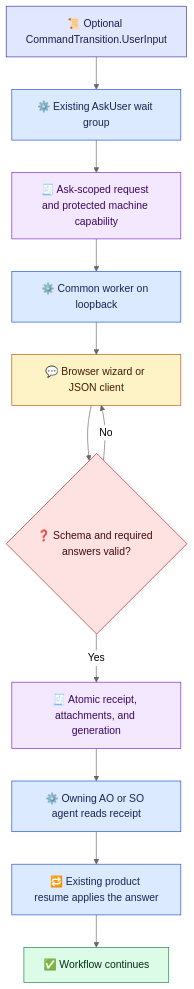
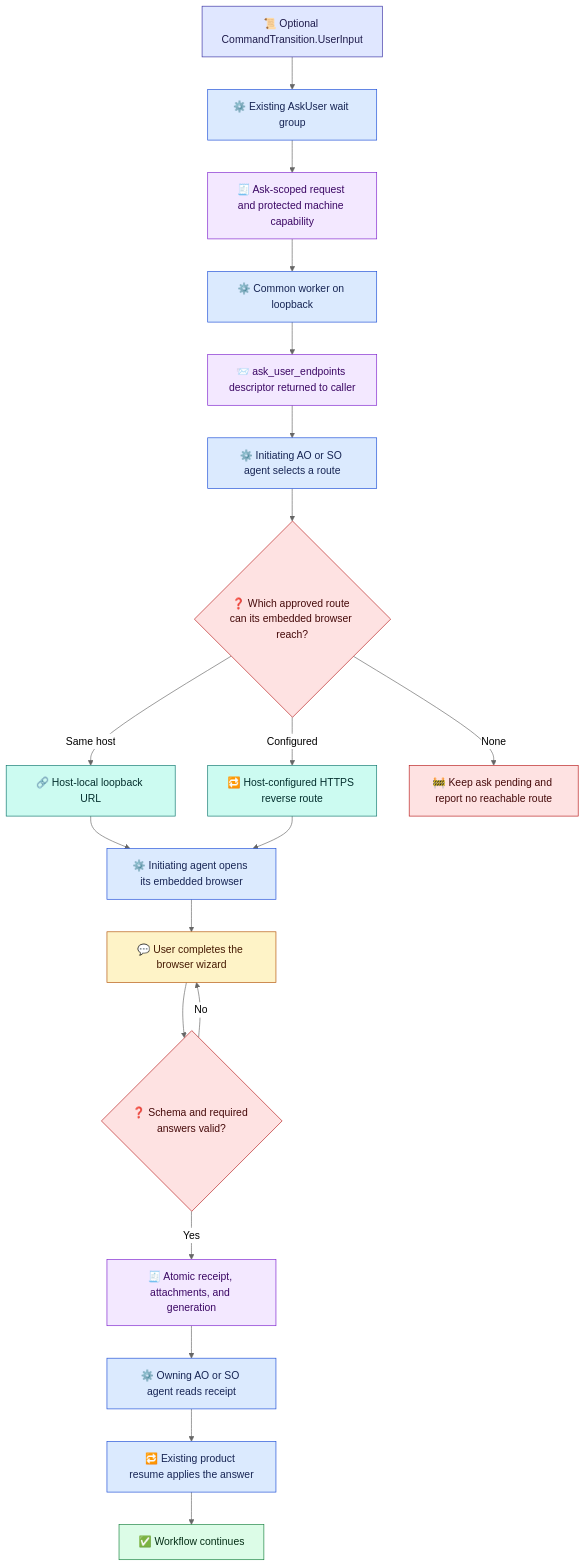
The diagram in docs/en/architecture/ask-user-design.md (waynebaby/Techne-Loom), drawn with Mermaid (neutral theme) before and after one commit. The commit also changed other lines of this file and 36 other files, not shown here.

Commit message:
feat: add runtime-backed AskUser web forms

````diff
--- a/docs/en/architecture/ask-user-design.md
+++ b/docs/en/architecture/ask-user-design.md
@@ -17,27 +17,38 @@
 ```mermaid
 flowchart TD
     CONTRACT["📜 Optional CommandTransition.UserInput"] --> WAIT["⚙️ Existing AskUser wait group"]
     WAIT --> REQUEST["🧾 Ask-scoped request and protected machine capability"]
     REQUEST --> WORKER["⚙️ Common worker on loopback"]
-    WORKER --> CLIENT["💬 Browser wizard or JSON client"]
+    WORKER --> ENDPOINT["📨 ask_user_endpoints descriptor returned to caller"]
+    ENDPOINT --> AGENT["⚙️ Initiating AO or SO agent selects a route"]
+    AGENT --> ROUTE{"❓ Which approved route can its embedded browser reach?"}
+    ROUTE -- "Same host" --> LOOPBACK["🔗 Host-local loopback URL"]
+    ROUTE -- "Configured" --> REVERSE["🔁 Host-configured HTTPS reverse route"]
+    ROUTE -- "None" --> UNAVAILABLE["🚧 Keep ask pending and report no reachable route"]
+    LOOPBACK --> OPEN["⚙️ Initiating agent opens its embedded browser"]
+    REVERSE --> OPEN
+    OPEN --> CLIENT["💬 User completes the browser wizard"]
     CLIENT --> VALIDATE{"❓ Schema and required answers valid?"}
     VALIDATE -- "No" --> CLIENT
     VALIDATE -- "Yes" --> RECEIPT["🧾 Atomic receipt, attachments, and generation"]
-    RECEIPT --> AGENT["⚙️ Owning AO or SO agent reads receipt"]
-    AGENT --> RESUME["🔁 Existing product resume applies the answer"]
+    RECEIPT --> OWNER["⚙️ Owning AO or SO agent reads receipt"]
+    OWNER --> RESUME["🔁 Existing product resume applies the answer"]
     RESUME --> DONE["✅ Workflow continues"]
 
     classDef contract fill:#e0e7ff,stroke:#3730a3,color:#1e1b4b;
     classDef runtime fill:#dbeafe,stroke:#1d4ed8,color:#172554;
     classDef user fill:#fef3c7,stroke:#b45309,color:#451a03;
     classDef evidence fill:#f3e8ff,stroke:#7e22ce,color:#3b0764;
     classDef decision fill:#fee2e2,stroke:#b91c1c,color:#450a0a;
+    classDef route fill:#ccfbf1,stroke:#0f766e,color:#042f2e;
+    classDef blocked fill:#fee2e2,stroke:#b91c1c,color:#450a0a;
     classDef complete fill:#dcfce7,stroke:#15803d,color:#052e16;
     class CONTRACT contract;
-    class WAIT,WORKER,AGENT runtime;
+    class WAIT,WORKER,AGENT,OPEN,OWNER,RESUME runtime;
     class CLIENT user;
-    class REQUEST,RECEIPT evidence;
-    class VALIDATE decision;
-    class RESUME runtime;
+    class REQUEST,ENDPOINT,RECEIPT evidence;
+    class ROUTE,VALIDATE decision;
+    class LOOPBACK,REVERSE route;
+    class UNAVAILABLE blocked;
     class DONE complete;
 ```
````
